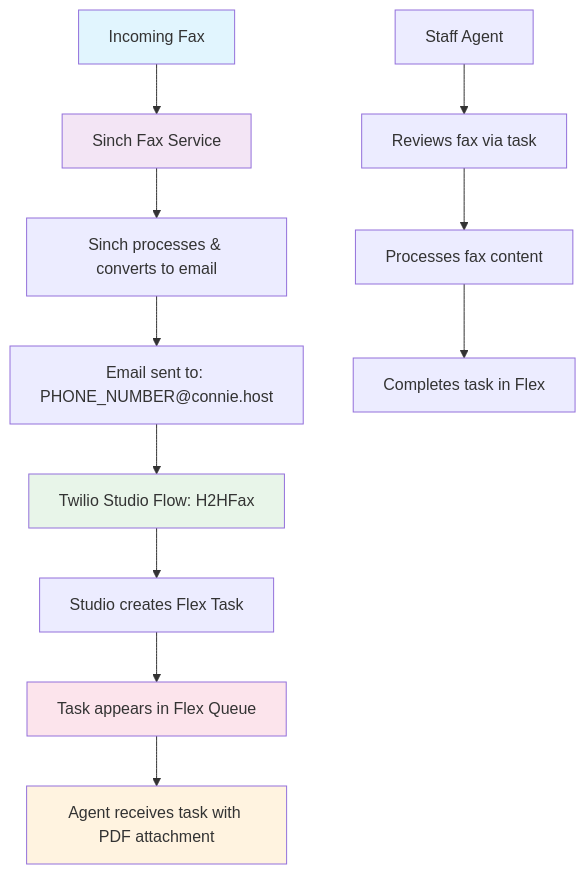
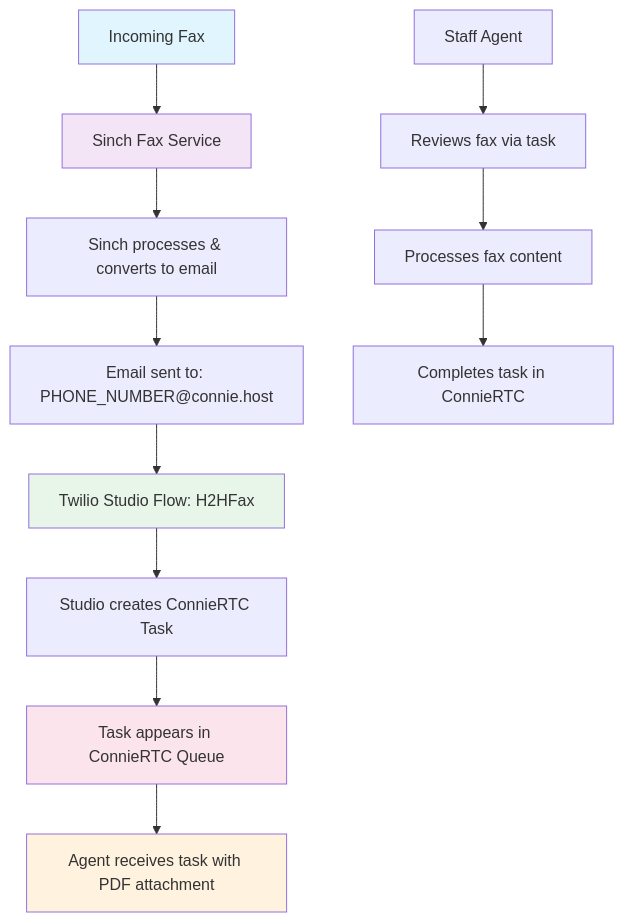
One commit to ConnieML/docs.connie changed the diagram in docs/developers/backend/fax/sinch-implementation.md. Above: the diagram before and after it, drawn with Mermaid. The commit also changed other lines of this file and 120 other files, not shown here.

Commit message:
Replace Twilio with Connie and Flex with ConnieRTC throughout documentation

````diff
--- a/docs/developers/backend/fax/sinch-implementation.md
+++ b/docs/developers/backend/fax/sinch-implementation.md
@@ -17,20 +17,20 @@
 ```mermaid
 flowchart TB
     A[Incoming Fax] --> B[Sinch Fax Service]
     B --> C[Sinch processes & converts to email]
     C --> D[Email sent to: PHONE_NUMBER@connie.host]
     D --> E[Twilio Studio Flow: H2HFax]
-    E --> F[Studio creates Flex Task]
-    F --> G[Task appears in Flex Queue]
+    E --> F[Studio creates ConnieRTC Task]
+    F --> G[Task appears in ConnieRTC Queue]
     G --> H[Agent receives task with PDF attachment]
     
     I[Staff Agent] --> J[Reviews fax via task]
     J --> K[Processes fax content]
-    K --> L[Completes task in Flex]
+    K --> L[Completes task in ConnieRTC]
     
     style A fill:#e1f5fe
     style B fill:#f3e5f5
     style E fill:#e8f5e9
     style G fill:#fce4ec
     style H fill:#fff3e0
 ```
````
